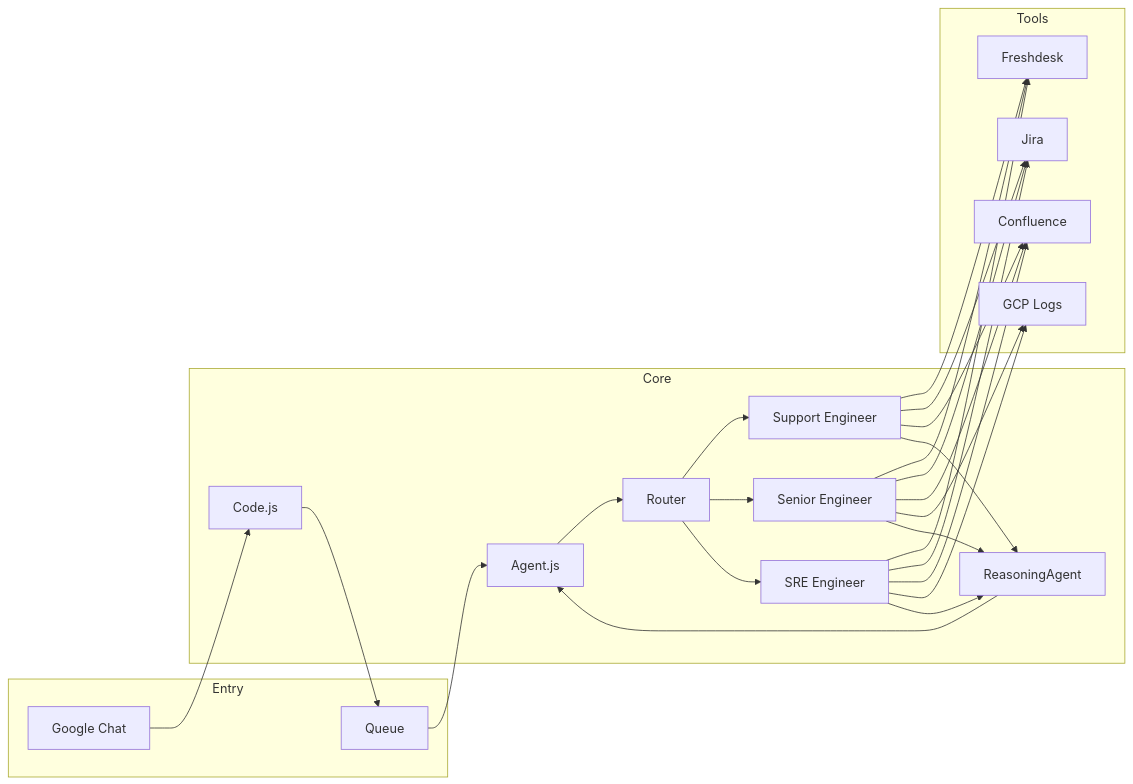
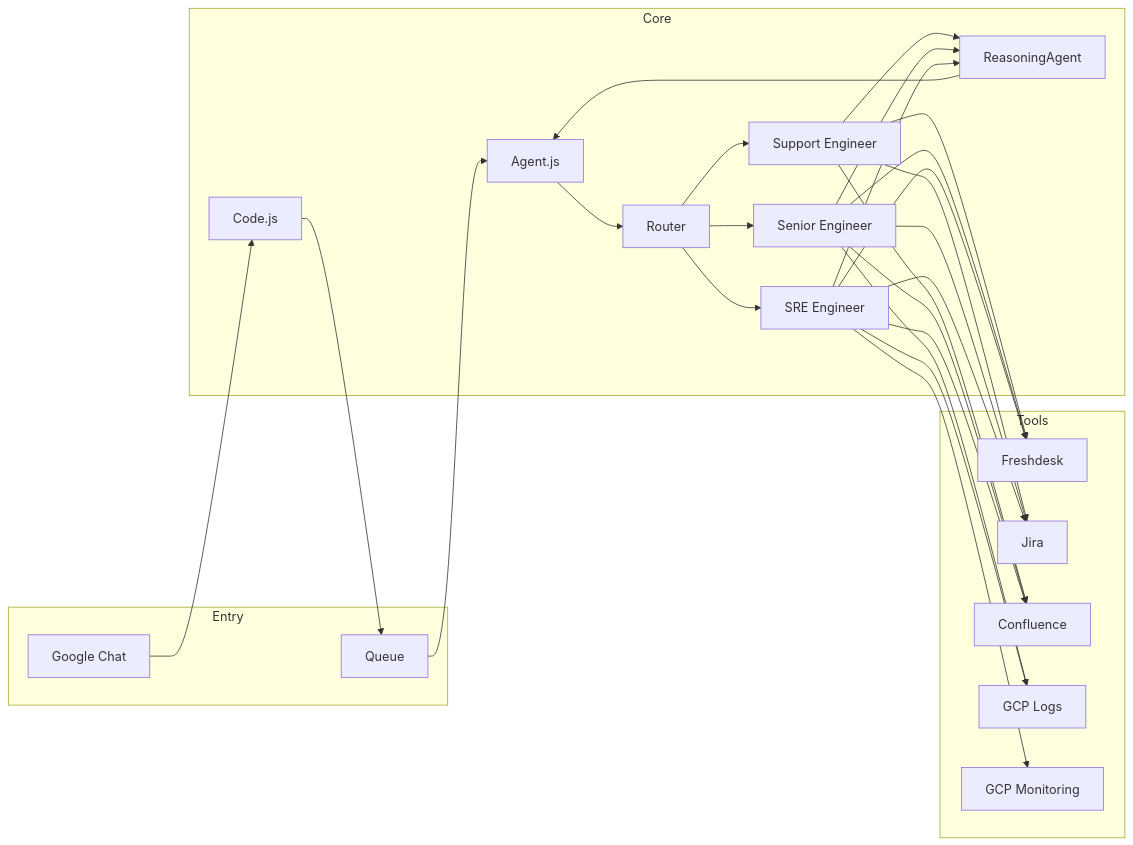
One commit to denissilva-oviva/AtlasSupportBot changed the diagram in README.md. Above: the diagram before and after it, drawn with Mermaid. The commit also changed other lines of this file, not shown here.

Commit message:
docs: add GCP Monitoring to architecture diagram and tool description

````diff
--- a/README.md
+++ b/README.md
@@ -18,44 +18,46 @@
 ```mermaid
 flowchart LR
   subgraph Entry
     Chat[Google Chat]
     Queue[Queue]
   end
   subgraph Core
     Code[Code.js]
     Agent[Agent.js]
     Router[Router]
     SE[Support Engineer]
     SrE[Senior Engineer]
     SRE[SRE Engineer]
     QA[ReasoningAgent]
   end
   subgraph Tools
     FD[Freshdesk]
     Jira[Jira]
     CF[Confluence]
     GCP[GCP Logs]
+    Mon[GCP Monitoring]
   end
   Chat --> Code
   Code --> Queue
   Queue --> Agent
   Agent --> Router
   Router --> SE
   Router --> SrE
   Router --> SRE
   SE --> FD
   SE --> Jira
   SE --> CF
   SrE --> FD
   SrE --> Jira
   SrE --> CF
   SrE --> GCP
   SRE --> FD
   SRE --> Jira
   SRE --> CF
   SRE --> GCP
+  SRE --> Mon
   SE --> QA
   SrE --> QA
   SRE --> QA
   QA --> Agent
 ```
````
